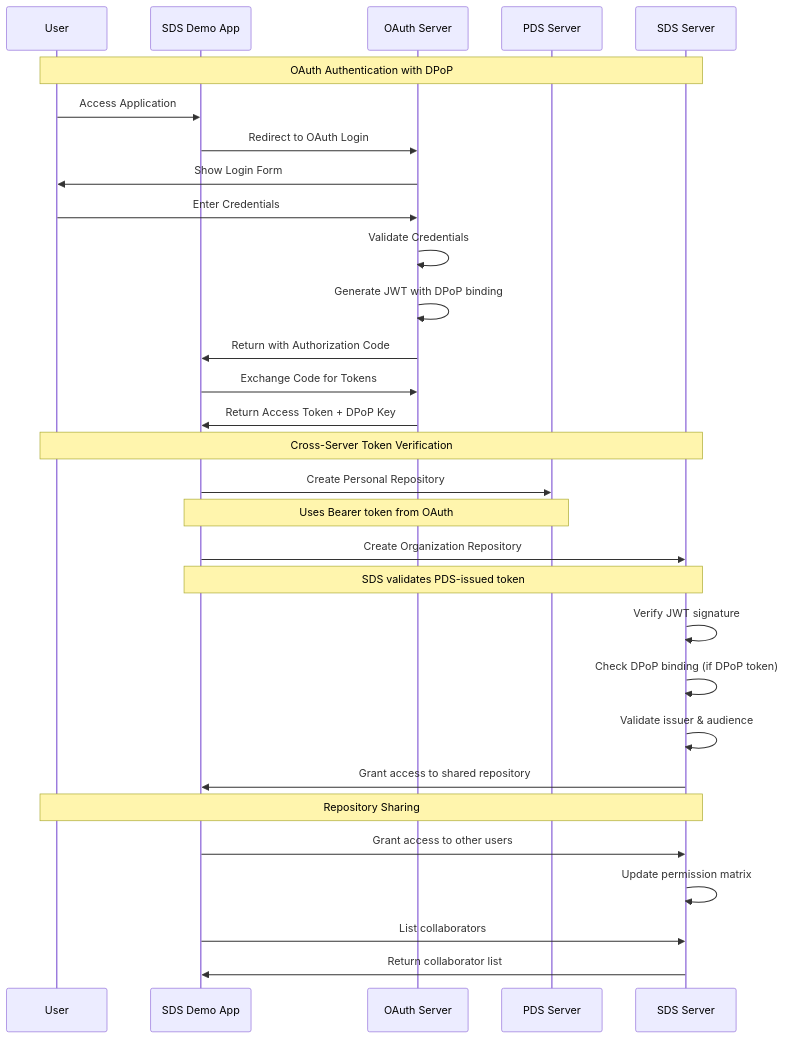
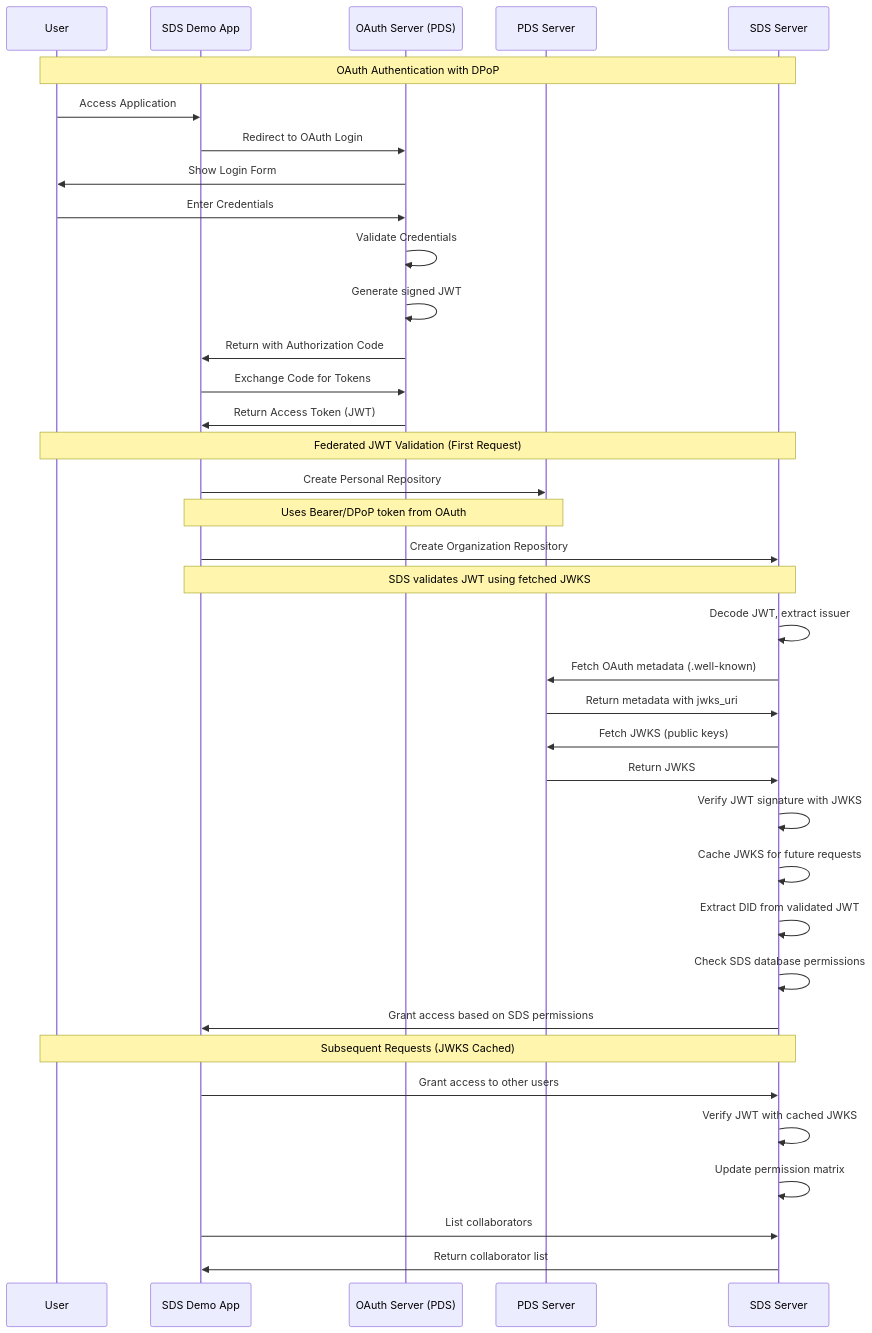
The second of 4 diagrams in packages/sds-demo/README.md (hypercerts-org/atproto), drawn with Mermaid before and after one commit. The commit also changed other lines of this file and 39 other files, not shown here.

Commit message:
feat(oauth): simplify oauth verification

````diff
--- a/packages/sds-demo/README.md
+++ b/packages/sds-demo/README.md
@@ -63,39 +102,46 @@
 ```mermaid
 sequenceDiagram
     participant User
     participant DemoApp as SDS Demo App
-    participant OAuth as OAuth Server
+    participant OAuth as OAuth Server (PDS)
     participant PDS as PDS Server
     participant SDS as SDS Server
 
     Note over User,SDS: OAuth Authentication with DPoP
 
     User->>DemoApp: Access Application
     DemoApp->>OAuth: Redirect to OAuth Login
     OAuth->>User: Show Login Form
     User->>OAuth: Enter Credentials
     OAuth->>OAuth: Validate Credentials
-    OAuth->>OAuth: Generate JWT with DPoP binding
+    OAuth->>OAuth: Generate signed JWT
     OAuth->>DemoApp: Return with Authorization Code
     DemoApp->>OAuth: Exchange Code for Tokens
-    OAuth->>DemoApp: Return Access Token + DPoP Key
+    OAuth->>DemoApp: Return Access Token (JWT)
 
-    Note over User,SDS: Cross-Server Token Verification
+    Note over User,SDS: Federated JWT Validation (First Request)
 
     DemoApp->>PDS: Create Personal Repository
-    Note over DemoApp,PDS: Uses Bearer token from OAuth
+    Note over DemoApp,PDS: Uses Bearer/DPoP token from OAuth
 
     DemoApp->>SDS: Create Organization Repository
-    Note over DemoApp,SDS: SDS validates PDS-issued token
-    SDS->>SDS: Verify JWT signature
-    SDS->>SDS: Check DPoP binding (if DPoP token)
-    SDS->>SDS: Validate issuer & audience
-    SDS->>DemoApp: Grant access to shared repository
+    Note over DemoApp,SDS: SDS validates JWT using fetched JWKS
+    SDS->>SDS: Decode JWT, extract issuer
+    SDS->>PDS: Fetch OAuth metadata (.well-known)
+    PDS->>SDS: Return metadata with jwks_uri
+    SDS->>PDS: Fetch JWKS (public keys)
+    PDS->>SDS: Return JWKS
+    SDS->>SDS: Verify JWT signature with JWKS
+    SDS->>SDS: Cache JWKS for future requests
+    SDS->>SDS: Extract DID from validated JWT
+    SDS->>SDS: Check SDS database permissions
+    SDS->>DemoApp: Grant access based on SDS permissions
 
-    Note over User,SDS: Repository Sharing
+    Note over User,SDS: Subsequent Requests (JWKS Cached)
 
     DemoApp->>SDS: Grant access to other users
+    SDS->>SDS: Verify JWT with cached JWKS
     SDS->>SDS: Update permission matrix
     DemoApp->>SDS: List collaborators
     SDS->>DemoApp: Return collaborator list
 ```
````
